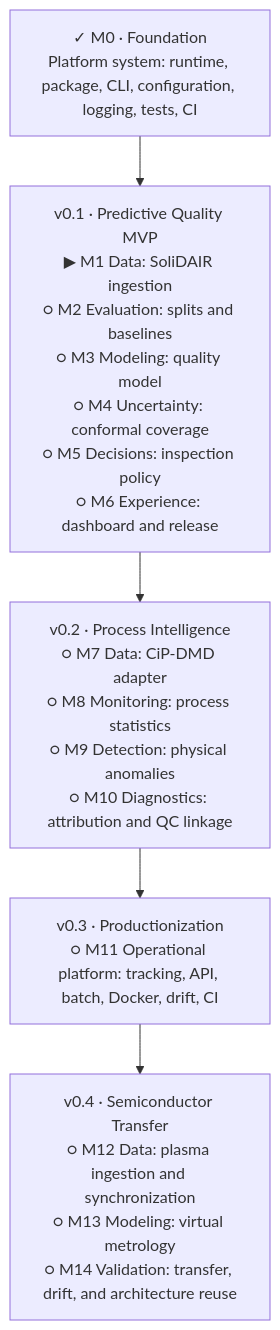
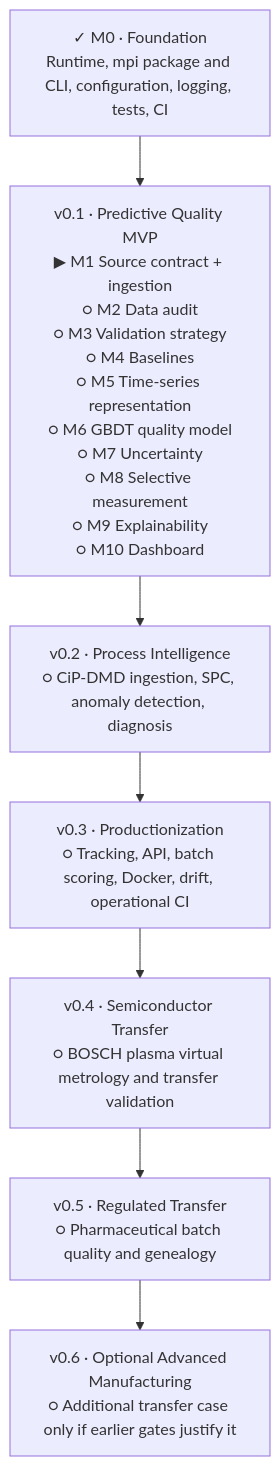
One commit to stevennitesh/manufacturing-process-intelligence changed the diagram in docs/implementation-roadmap.md. Above: the diagram before and after it, drawn with Mermaid. The commit also changed other lines of this file and 39 other files, not shown here.

````diff
--- a/docs/implementation-roadmap.md
+++ b/docs/implementation-roadmap.md
@@ -17,14 +18,14 @@
 ```mermaid
 flowchart TB
-    F["✓ M0 · Foundation<br/>Platform system: runtime, package, CLI, configuration, logging, tests, CI"]
+    F["✓ M0 · Foundation<br/>Runtime, mpi package and CLI, configuration, logging, tests, CI"]
 
-    MVP["v0.1 · Predictive Quality MVP<br/>▶ M1 Data: SoliDAIR ingestion<br/>○ M2 Evaluation: splits and baselines<br/>○ M3 Modeling: quality model<br/>○ M4 Uncertainty: conformal coverage<br/>○ M5 Decisions: inspection policy<br/>○ M6 Experience: dashboard and release"]
+    MVP["v0.1 · Predictive Quality MVP<br/>▶ M1 Source contract + ingestion<br/>○ M2 Data audit<br/>○ M3 Validation strategy<br/>○ M4 Baselines<br/>○ M5 Time-series representation<br/>○ M6 GBDT quality model<br/>○ M7 Uncertainty<br/>○ M8 Selective measurement<br/>○ M9 Explainability<br/>○ M10 Dashboard"]
 
-    V1["v0.2 · Process Intelligence<br/>○ M7 Data: CiP-DMD adapter<br/>○ M8 Monitoring: process statistics<br/>○ M9 Detection: physical anomalies<br/>○ M10 Diagnostics: attribution and QC linkage"]
+    PI["v0.2 · Process Intelligence<br/>○ CiP-DMD ingestion, SPC, anomaly detection, diagnosis"]
+    PROD["v0.3 · Productionization<br/>○ Tracking, API, batch scoring, Docker, drift, operational CI"]
+    SEMI["v0.4 · Semiconductor Transfer<br/>○ BOSCH plasma virtual metrology and transfer validation"]
+    PHARMA["v0.5 · Regulated Transfer<br/>○ Pharmaceutical batch quality and genealogy"]
+    ADV["v0.6 · Optional Advanced Manufacturing<br/>○ Additional transfer case only if earlier gates justify it"]
 
-    V15["v0.3 · Productionization<br/>○ M11 Operational platform: tracking, API, batch, Docker, drift, CI"]
-
-    V2["v0.4 · Semiconductor Transfer<br/>○ M12 Data: plasma ingestion and synchronization<br/>○ M13 Modeling: virtual metrology<br/>○ M14 Validation: transfer, drift, and architecture reuse"]
-
-    F --> MVP --> V1 --> V15 --> V2
+    F --> MVP --> PI --> PROD --> SEMI --> PHARMA --> ADV
 ```
````
